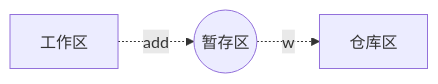
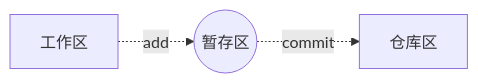
One commit to Rookie-xx/jiujiu changed the diagram in Git使用/git.md. Above: the diagram before and after it, drawn with Mermaid. The commit also changed other lines of this file, not shown here.

````diff
--- a/Git使用/git.md
+++ b/Git使用/git.md
@@ -5,4 +5,4 @@
    ```mermaid
    graph LR
-   a[工作区]-.add.->b((暂存区))-.w.->c[仓库区 ]
+   a[工作区]-.add.->b((暂存区))-.commit.->c[仓库区 ]
    ```
````
